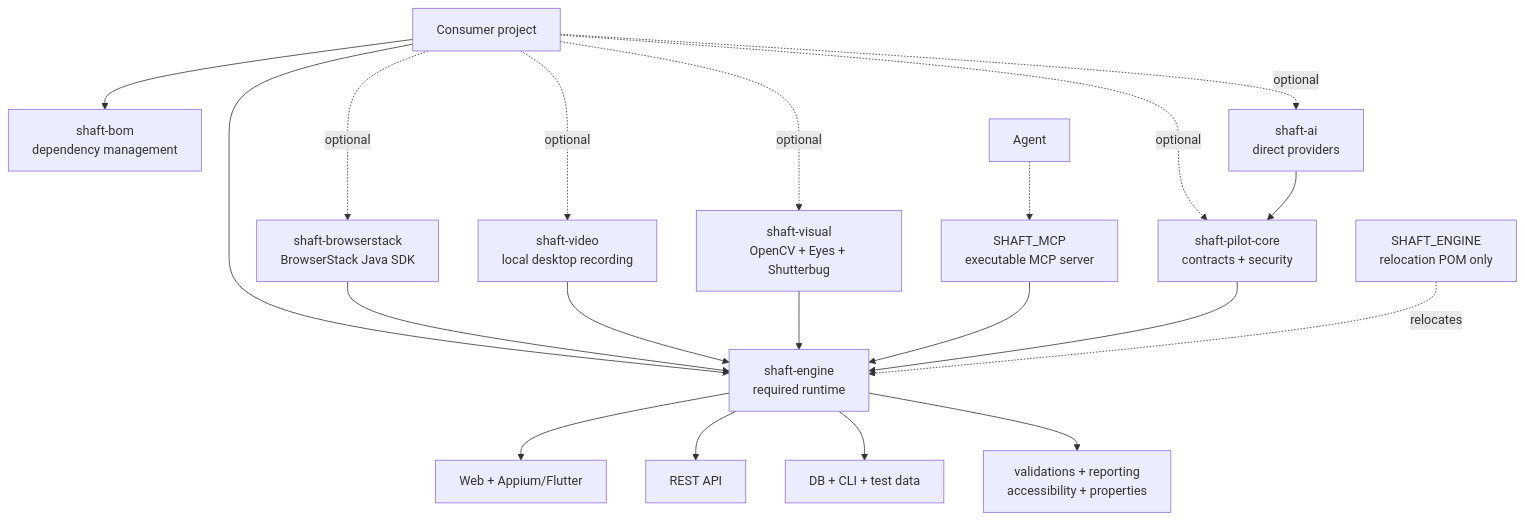
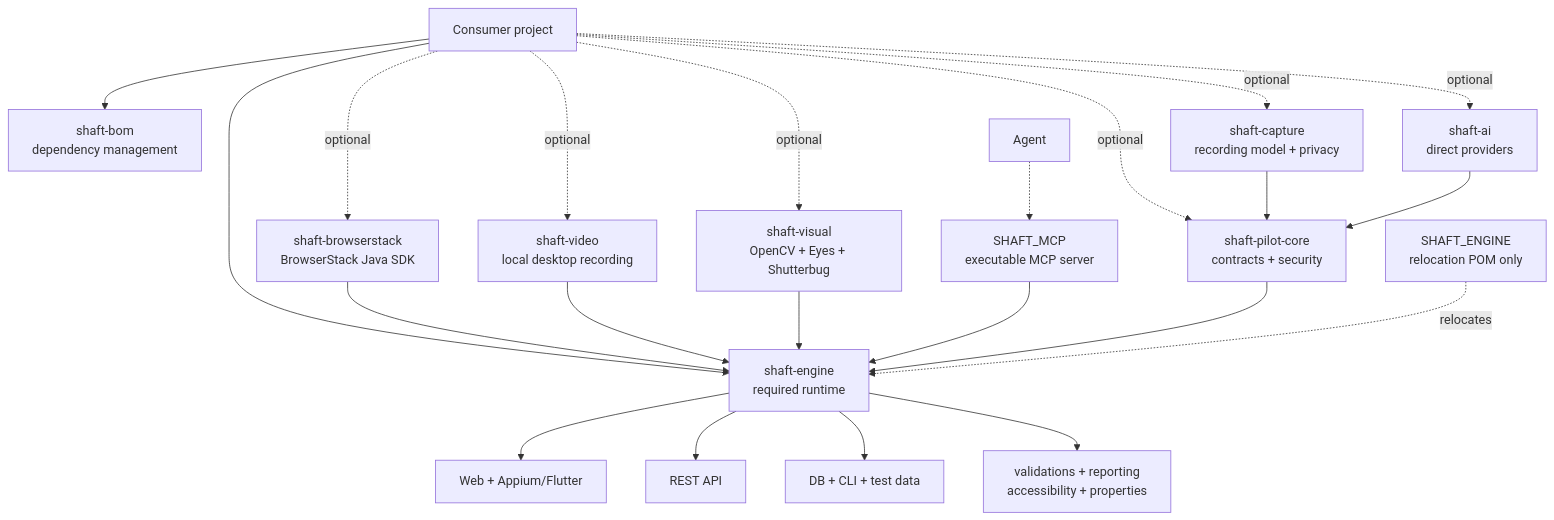
Before and after one commit to ShaftHQ/SHAFT_ENGINE: the first of 2 diagrams in docs/ARCHITECTURE.md, drawn with Mermaid. The commit also changed other lines of this file and 56 other files, not shown here.

First line of the commit message:
[codex] Add deterministic SHAFT Capture recording model (#2868)

````diff
--- a/docs/ARCHITECTURE.md
+++ b/docs/ARCHITECTURE.md
@@ -13,25 +13,27 @@
 ```mermaid
 flowchart TB
     Consumer["Consumer project"] --> BOM["shaft-bom<br/>dependency management"]
     Consumer --> Engine["shaft-engine<br/>required runtime"]
     Consumer -.->|optional| PilotCore["shaft-pilot-core<br/>contracts + security"]
+    Consumer -.->|optional| Capture["shaft-capture<br/>recording model + privacy"]
     Consumer -.->|optional| AI["shaft-ai<br/>direct providers"]
     Consumer -.->|optional| BrowserStack["shaft-browserstack<br/>BrowserStack Java SDK"]
     Consumer -.->|optional| Video["shaft-video<br/>local desktop recording"]
     Consumer -.->|optional| Visual["shaft-visual<br/>OpenCV + Eyes + Shutterbug"]
     Agent -.-> MCP["SHAFT_MCP<br/>executable MCP server"]
 
     BrowserStack --> Engine
     Video --> Engine
     Visual --> Engine
     MCP --> Engine
     PilotCore --> Engine
+    Capture --> PilotCore
     AI --> PilotCore
 
     Legacy["SHAFT_ENGINE<br/>relocation POM only"] -.->|relocates| Engine
 
     Engine --> GUI["Web + Appium/Flutter"]
     Engine --> API["REST API"]
     Engine --> Data["DB + CLI + test data"]
     Engine --> Support["validations + reporting<br/>accessibility + properties"]
 ```
````
